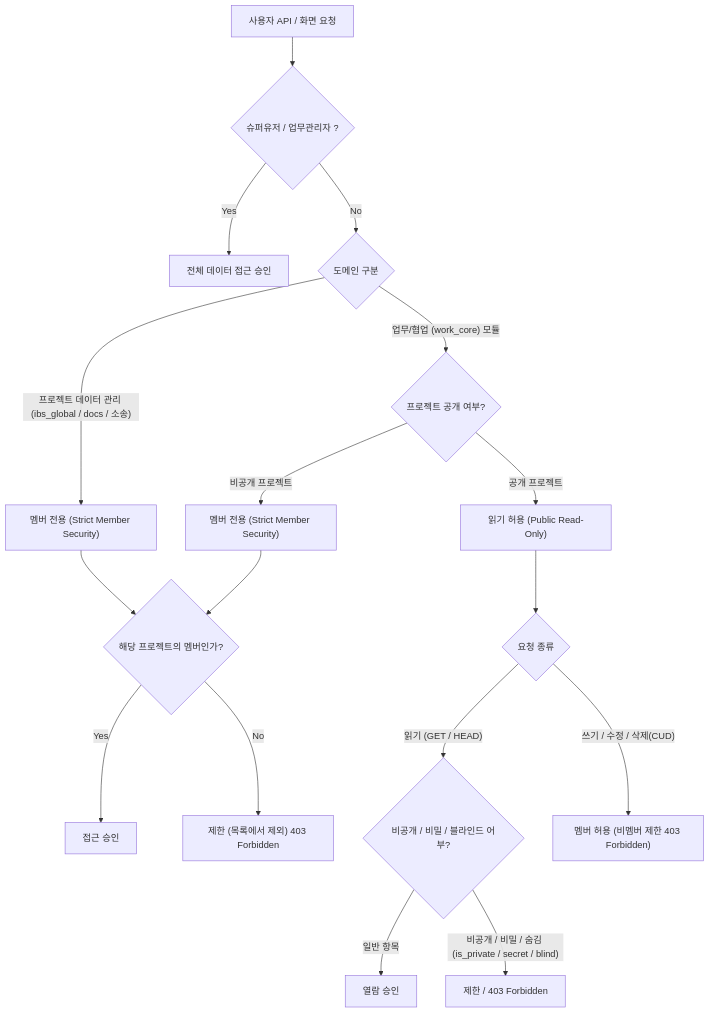
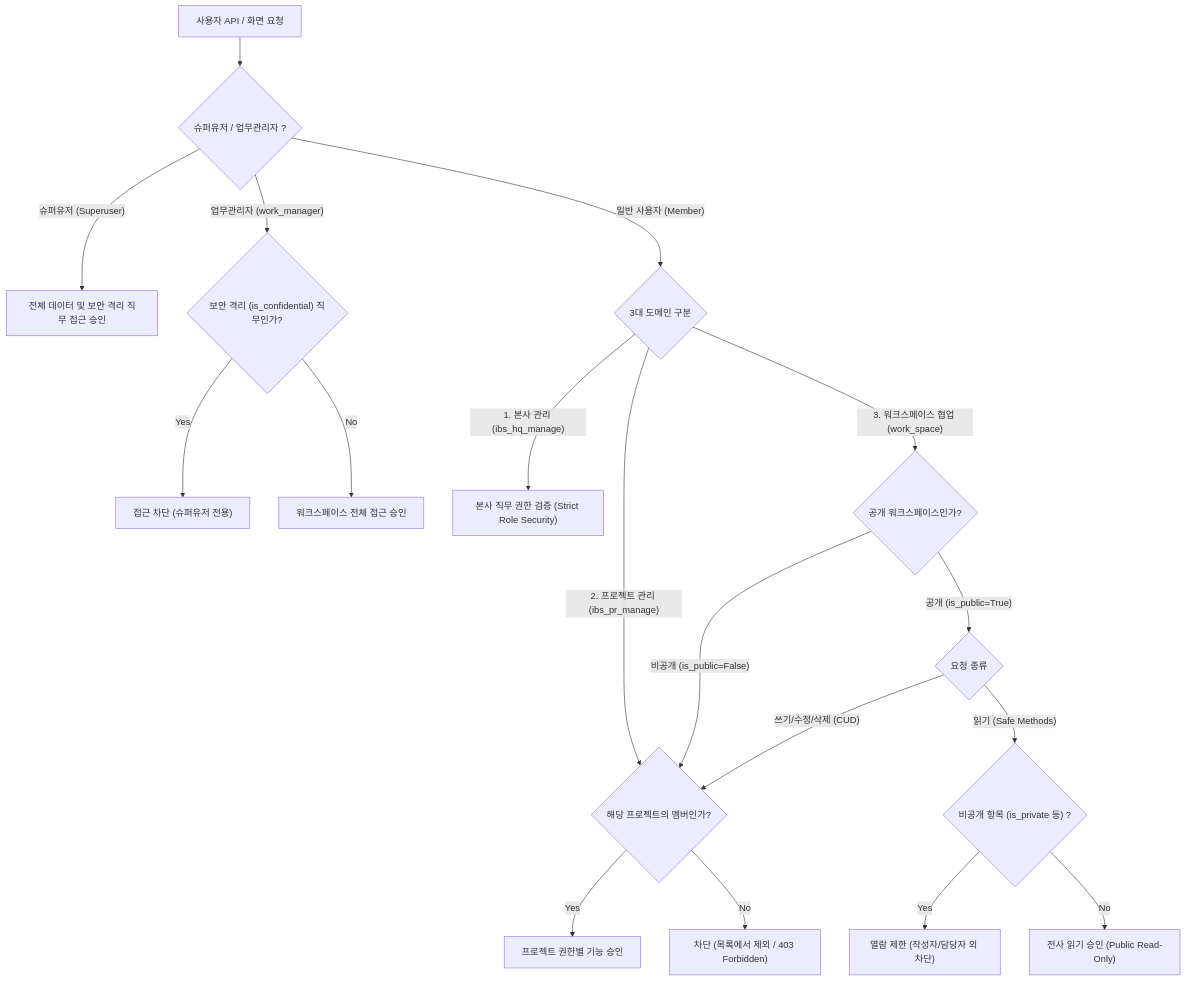
Before and after one commit to nc2U/ibs: the diagram in app/vue/docs/work-setting/security-policy.md, drawn with Mermaid. The commit also changed other lines of this file, not shown here.

Commit message:
docs work settings security update

````diff
--- a/app/vue/docs/work-setting/security-policy.md
+++ b/app/vue/docs/work-setting/security-policy.md
@@ -11,19 +9,24 @@
 ```mermaid
 flowchart TD
     A["사용자 API / 화면 요청"] --> B{"슈퍼유저 / 업무관리자 ?"}
-    B -- Yes --> C["전체 데이터 접근 승인"]
-    B -- No --> D{"도메인 구분"}
-    D -- " 프로젝트 데이터 관리 (ibs_global / docs / 소송) " --> E["멤버 전용 (Strict Member Security)"]
-    E --> E1{"해당 프로젝트의 멤버인가?"}
-    E1 -- Yes --> E2["접근 승인"]
-    E1 -- No --> E3["제한 (목록에서 제외) 403 Forbidden"]
-    D -- " 업무/협업 (work_core) 모듈 " --> F{"프로젝트 공개 여부?"}
-    F -- " 공개 프로젝트 " --> G["읽기 허용 (Public Read-Only)"]
-    G --> G1{"요청 종류"}
-    G1 -- " 읽기 (GET / HEAD) " --> G2{"비공개 / 비밀 / 블라인드 어부?"}
-    G2 -- " 일반 항목 " --> G3["열람 승인"]
-    G2 -- " 비공개 / 비밀 / 숨김 (is_private / secret / blind) " --> G4["제한 / 403 Forbidden"]
-    G1 -- " 쓰기 / 수정 / 삭제(CUD) " --> G5["멤버 허용 (비멤버 제한 403 Forbidden)"]
-    F -- " 비공개 프로젝트 " --> H["멤버 전용 (Strict Member Security)"]
-    H --> E1
+    B -- " 슈퍼유저 (Superuser) " --> C["전체 데이터 및 보안 격리 직무 접근 승인"]
+    B -- " 업무관리자 (work_manager) " --> C1{"보안 격리 (is_confidential) 직무인가?"}
+    C1 -- Yes --> C2["접근 차단 (슈퍼유저 전용)"]
+    C1 -- No --> C3["워크스페이스 전체 접근 승인"]
+
+    B -- " 일반 사용자 (Member) " --> D{"3대 도메인 구분"}
+    
+    D -- " 1. 본사 관리 (ibs_hq_manage) " --> E["본사 직무 권한 검증 (Strict Role Security)"]
+    
+    D -- " 2. 프로젝트 관리 (ibs_pr_manage) " --> F{"해당 프로젝트의 멤버인가?"}
+    F -- Yes --> F1["프로젝트 권한별 기능 승인"]
+    F -- No --> F2["차단 (목록에서 제외 / 403 Forbidden)"]
+    
+    D -- " 3. 워크스페이스 협업 (work_space) " --> G{"공개 워크스페이스인가?"}
+    G -- " 비공개 (is_public=False) " --> F
+    G -- " 공개 (is_public=True) " --> H{"요청 종류"}
+    H -- " 쓰기/수정/삭제 (CUD) " --> F
+    H -- " 읽기 (Safe Methods) " --> I{"비공개 항목 (is_private 등) ?"}
+    I -- Yes --> I1["열람 제한 (작성자/담당자 외 차단)"]
+    I -- No --> I2["전사 읽기 승인 (Public Read-Only)"]
 ```
````
